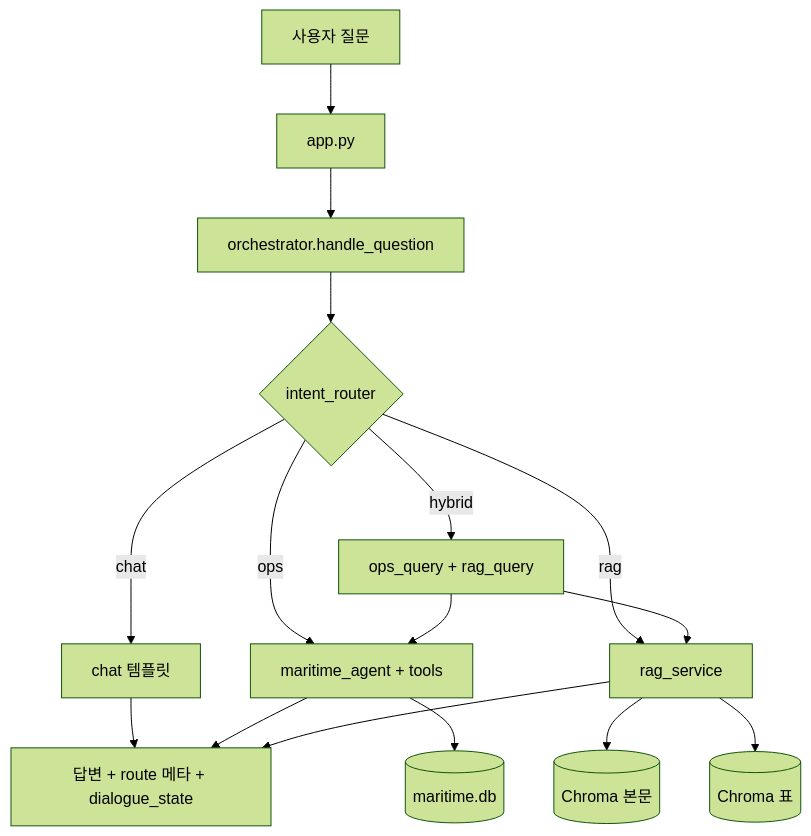
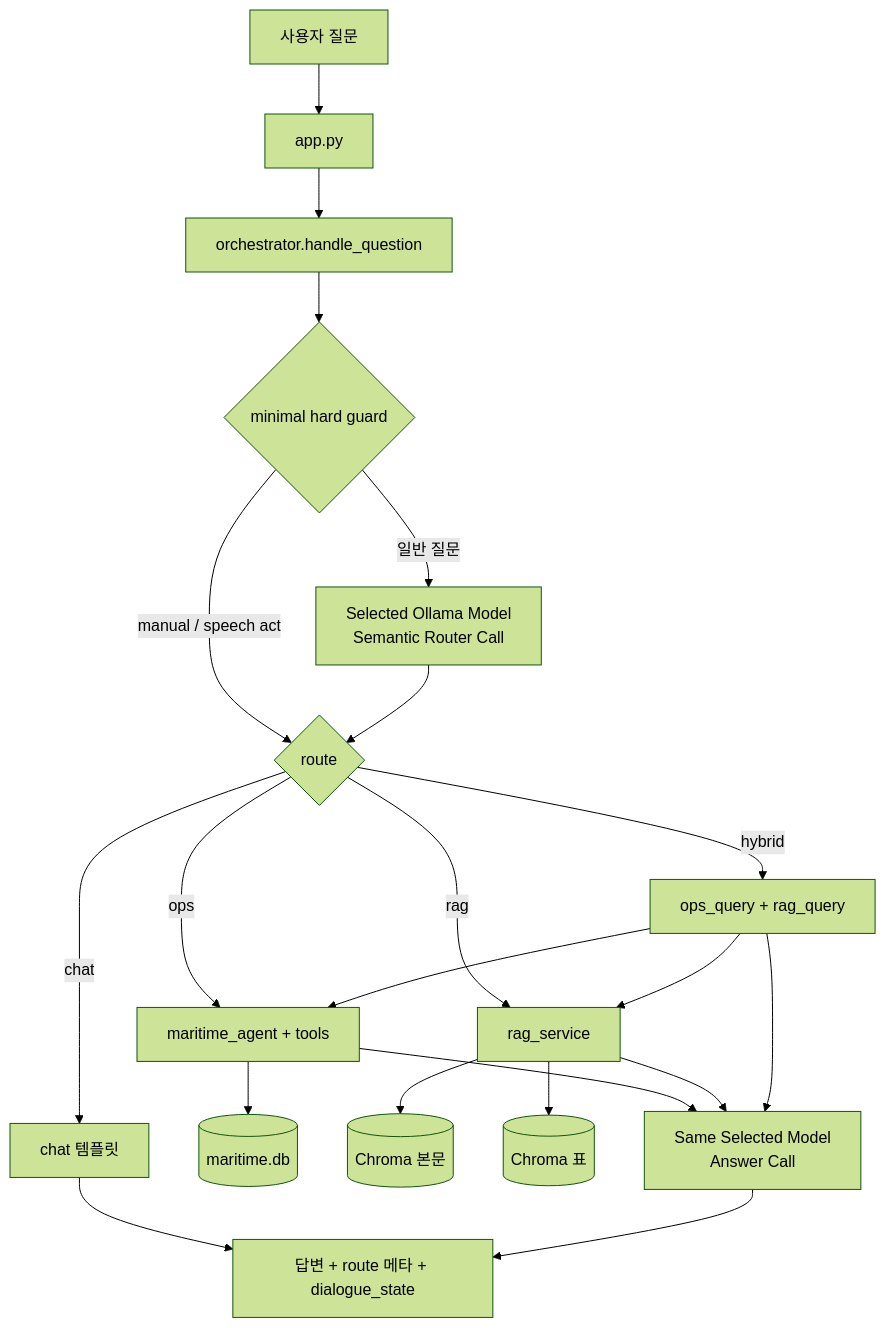
One commit to yoonmojeon/20260805 changed the diagram in docs/ARCHITECTURE.md. Above: the diagram before and after it, drawn with Mermaid (forest theme). The commit also changed other lines of this file and 47 other files, not shown here.

````diff
--- a/docs/ARCHITECTURE.md
+++ b/docs/ARCHITECTURE.md
@@ -294,18 +298,23 @@
 ```mermaid
 flowchart TD
   U[사용자 질문] --> APP[app.py]
   APP --> ORCH[orchestrator.handle_question]
-  ORCH --> RT{intent_router}
+  ORCH --> HG{minimal hard guard}
+  HG -->|일반 질문| LLM[Selected Ollama Model<br/>Semantic Router Call]
+  HG -->|manual / speech act| RT{route}
+  LLM --> RT
   RT -->|chat| CH[chat 템플릿]
   RT -->|ops| OPS[maritime_agent + tools]
   OPS --> DB[(maritime.db)]
   RT -->|rag| RAG[rag_service]
   RAG --> CT[(Chroma 본문)]
   RAG --> TB[(Chroma 표)]
   RT -->|hybrid| HY[ops_query + rag_query]
   HY --> OPS
   HY --> RAG
+  OPS --> ANS[Same Selected Model<br/>Answer Call]
+  RAG --> ANS
+  HY --> ANS
   CH --> OUT[답변 + route 메타 + dialogue_state]
-  OPS --> OUT
-  RAG --> OUT
+  ANS --> OUT
 ```
````
